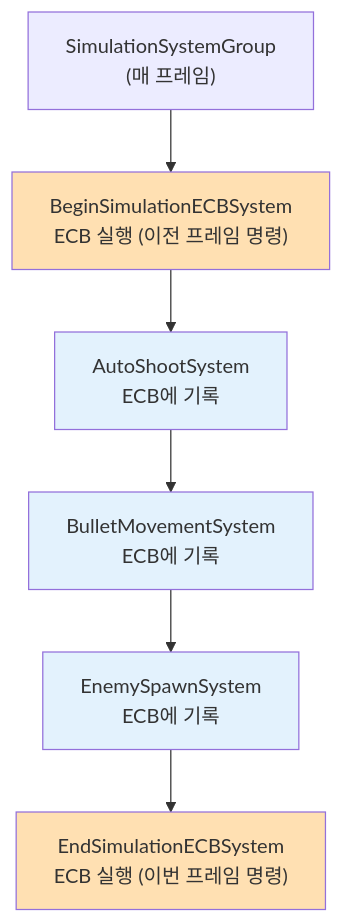
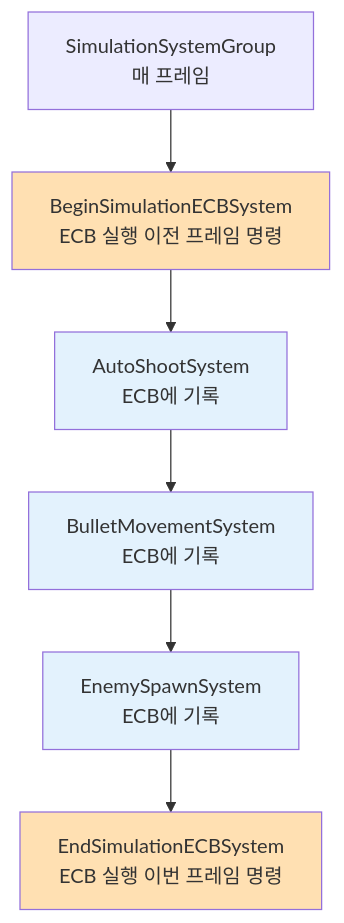
One commit to lmo0317/projectc changed the third of 8 diagrams in README.md. Above: the diagram before and after it, drawn with Mermaid. The commit also changed other lines of this file, not shown here.

````diff
--- a/README.md
+++ b/README.md
@@ -345,15 +342,15 @@
 ```mermaid
-graph TB
-    A["SimulationSystemGroup<br/>(매 프레임)"]
-    A --> B["BeginSimulationECBSystem<br/>ECB 실행 (이전 프레임 명령)"]
+flowchart TB
+    A["SimulationSystemGroup<br/>매 프레임"]
+    A --> B["BeginSimulationECBSystem<br/>ECB 실행 이전 프레임 명령"]
     B --> C["AutoShootSystem<br/>ECB에 기록"]
     C --> D["BulletMovementSystem<br/>ECB에 기록"]
     D --> E["EnemySpawnSystem<br/>ECB에 기록"]
-    E --> F["EndSimulationECBSystem<br/>ECB 실행 (이번 프레임 명령)"]
+    E --> F["EndSimulationECBSystem<br/>ECB 실행 이번 프레임 명령"]
 
     style B fill:#ffe0b2
     style C fill:#e3f2fd
     style D fill:#e3f2fd
     style E fill:#e3f2fd
     style F fill:#ffe0b2
 ```
````
